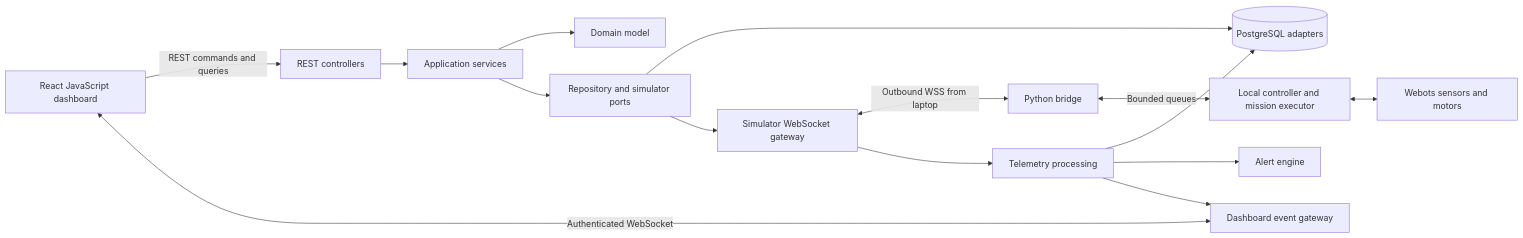
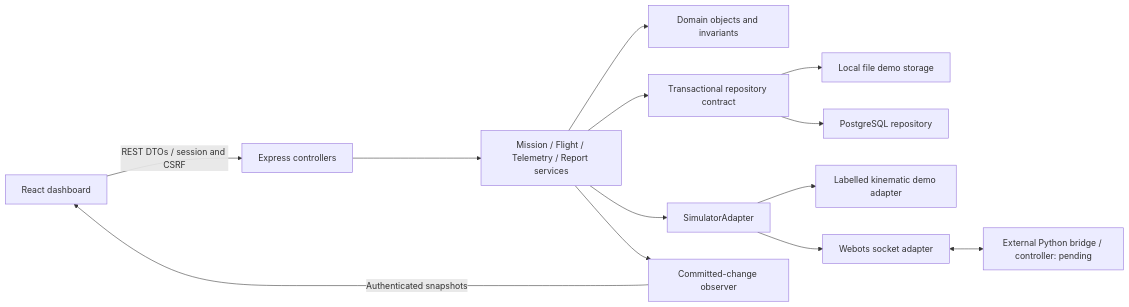
One commit to mk0904/bumblbee changed the diagram in docs/ENGINEERING.md. Above: the diagram before and after it, drawn with Mermaid. The commit also changed other lines of this file and 74 other files, not shown here.

Commit message:
Build mission dashboard, domain services and short-code bridge pairing

````diff
--- a/docs/ENGINEERING.md
+++ b/docs/ENGINEERING.md
@@ -13,17 +7,15 @@
 ```mermaid
 flowchart LR
-    UI[React JavaScript dashboard] -->|REST commands and queries| API[REST controllers]
-    UI <-->|Authenticated WebSocket| WS[Dashboard event gateway]
-    API --> APP[Application services]
-    APP --> DOMAIN[Domain model]
-    APP --> PORTS[Repository and simulator ports]
-    PORTS --> DB[(PostgreSQL adapters)]
-    PORTS --> SG[Simulator WebSocket gateway]
-    SG <-->|Outbound WSS from laptop| BRIDGE[Python bridge]
-    BRIDGE <-->|Bounded queues| CTRL[Local controller and mission executor]
-    CTRL <--> WORLD[Webots sensors and motors]
-    SG --> TP[Telemetry processing]
-    TP --> DB
-    TP --> ALERT[Alert engine]
-    TP --> WS
+  UI[React dashboard] -->|REST DTOs / session and CSRF| HTTP[Express controllers]
+  HTTP --> SERVICES[Mission / Flight / Telemetry / Report services]
+  SERVICES --> DOMAIN[Domain objects and invariants]
+  SERVICES --> REPO[Transactional repository contract]
+  REPO --> FILE[Local file demo storage]
+  REPO --> SQL[PostgreSQL repository]
+  SERVICES --> ADAPTER[SimulatorAdapter]
+  ADAPTER --> DEMO[Labelled kinematic demo adapter]
+  ADAPTER --> WS[Webots socket adapter]
+  WS <--> BRIDGE[External Python bridge / controller: pending]
+  SERVICES --> EVENTS[Committed-change observer]
+  EVENTS -->|Authenticated snapshots| UI
 ```
````
